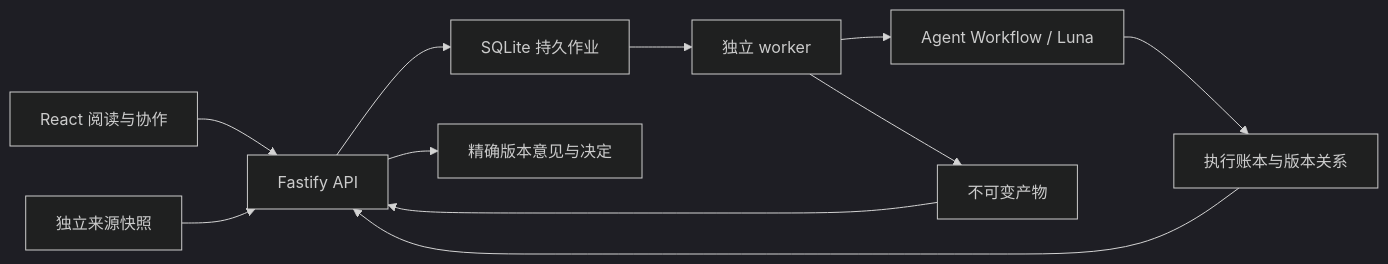
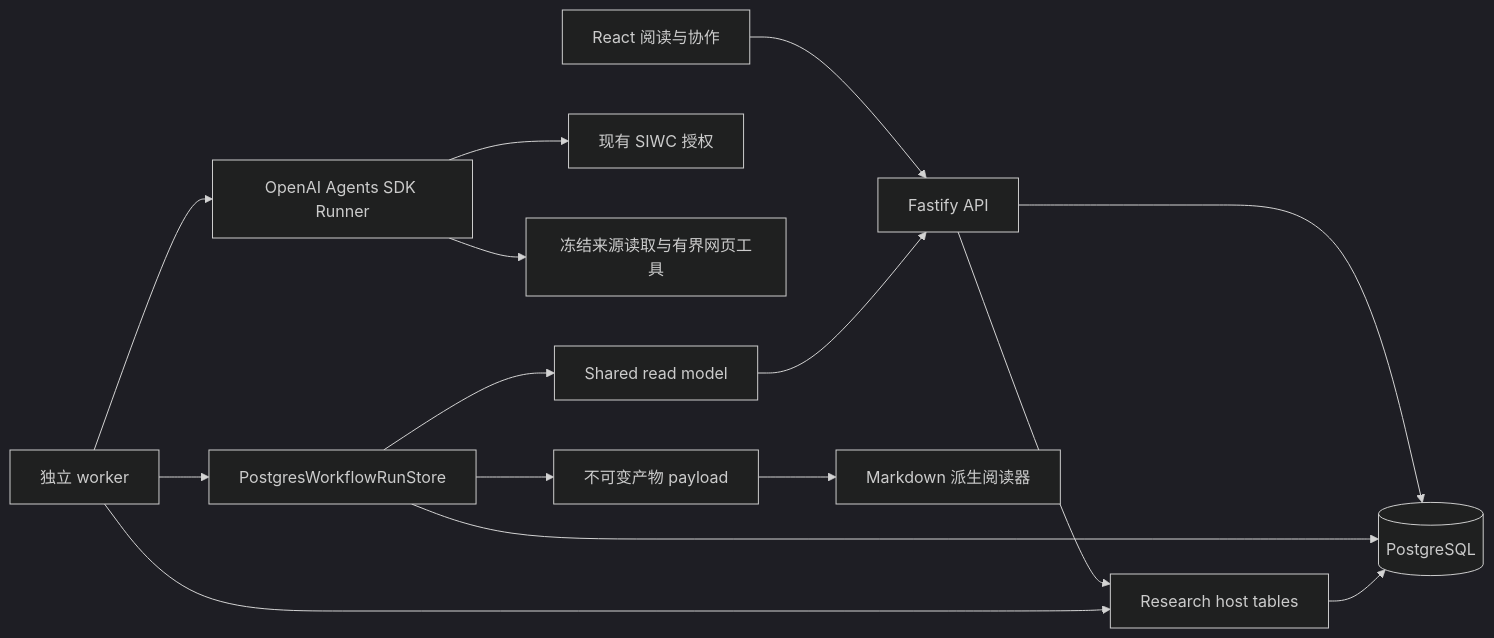
The diagram in workbenches/research/docs/architecture.md (cyl19970726/creator-lab), drawn with Mermaid (dark theme) before and after one commit. The commit also changed other lines of this file and 252 other files, not shown here.

Commit message:
Migrate all workbenches to PostgreSQL and official Agents SDK

````diff
--- a/workbenches/research/docs/architecture.md
+++ b/workbenches/research/docs/architecture.md
@@ -11,13 +5,17 @@
 ```mermaid
 flowchart LR
- U[React 阅读与协作] --> A[Fastify API]
- A --> J[SQLite 持久作业]
- J --> W[独立 worker]
- W --> F[Agent Workflow / Luna]
- F --> L[执行账本与版本关系]
- L --> A
- A --> C[精确版本意见与决定]
- W --> I[不可变产物]
- I --> A
- S[独立来源快照] --> A
+  U[React 阅读与协作] --> A[Fastify API]
+  A --> H[Research host tables]
+  A --> PG[(PostgreSQL)]
+  W[独立 worker] --> H
+  W --> SDK[OpenAI Agents SDK Runner]
+  SDK --> SIWC[现有 SIWC 授权]
+  SDK --> TOOLS[冻结来源读取与有界网页工具]
+  W --> LEDGER[PostgresWorkflowRunStore]
+  LEDGER --> PG
+  H --> PG
+  LEDGER --> RM[Shared read model]
+  RM --> A
+  LEDGER --> ART[不可变产物 payload]
+  ART --> FILE[Markdown 派生阅读器]
 ```
````
